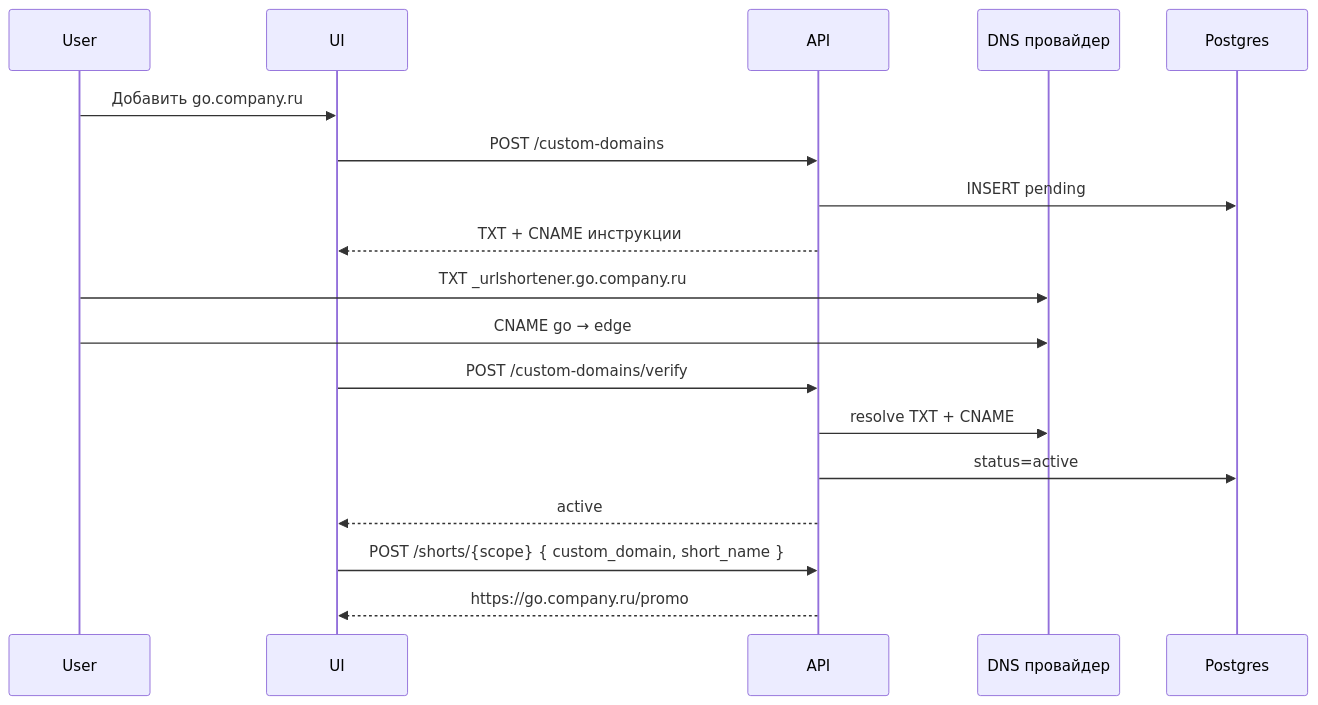
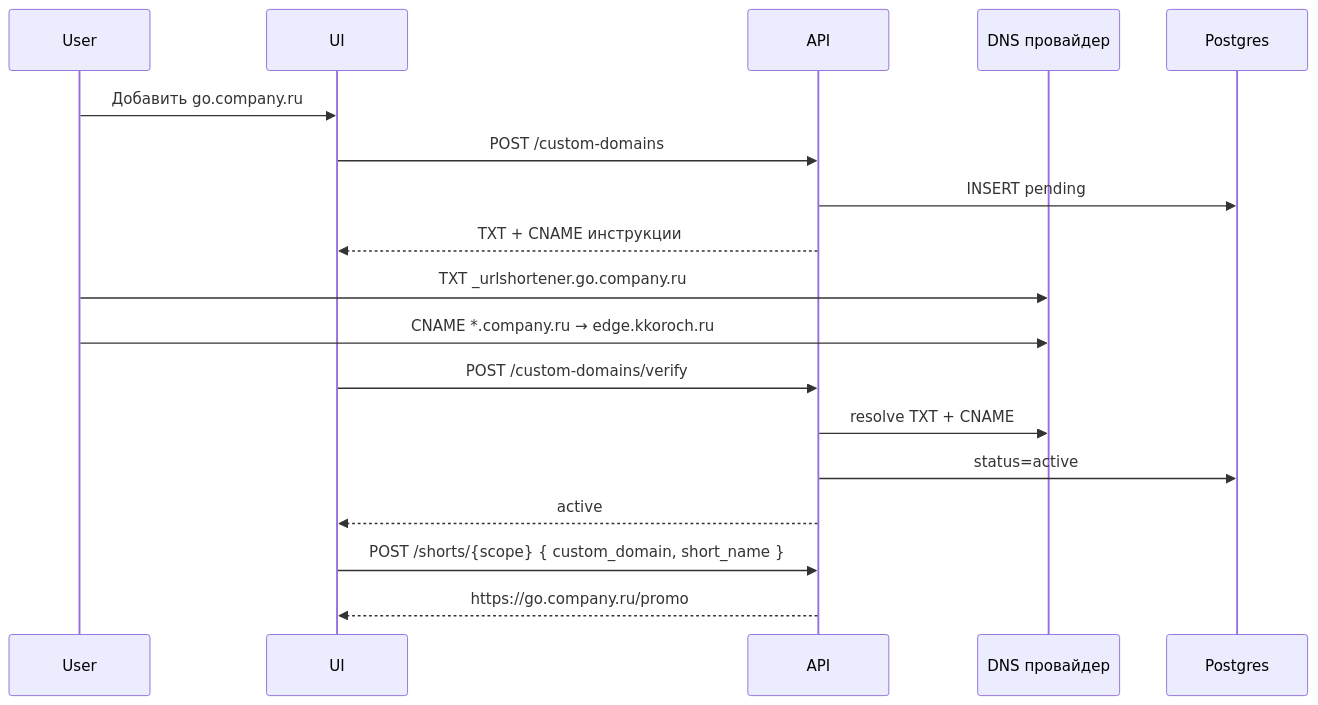
One commit to IOSHED/KKRCH.RU changed the first of 2 diagrams in module_short.md. Above: the diagram before and after it, drawn with Mermaid. The commit also changed other lines of this file and 10 other files, not shown here.

````diff
--- a/module_short.md
+++ b/module_short.md
@@ -246,20 +258,20 @@
 ```mermaid
 sequenceDiagram
     participant User
     participant UI
     participant API
     participant DNS as DNS провайдер
     participant PG as Postgres
     User ->> UI: Добавить go.company.ru
     UI ->> API: POST /custom-domains
     API ->> PG: INSERT pending
     API -->> UI: TXT + CNAME инструкции
     User ->> DNS: TXT _urlshortener.go.company.ru
-    User ->> DNS: CNAME go → edge
+    User ->> DNS: CNAME *.company.ru → edge.kkoroch.ru
     UI ->> API: POST /custom-domains/verify
     API ->> DNS: resolve TXT + CNAME
     API ->> PG: status=active
     API -->> UI: active
     UI ->> API: POST /shorts/{scope} { custom_domain, short_name }
     API -->> UI: https://go.company.ru/promo
 ```
````
